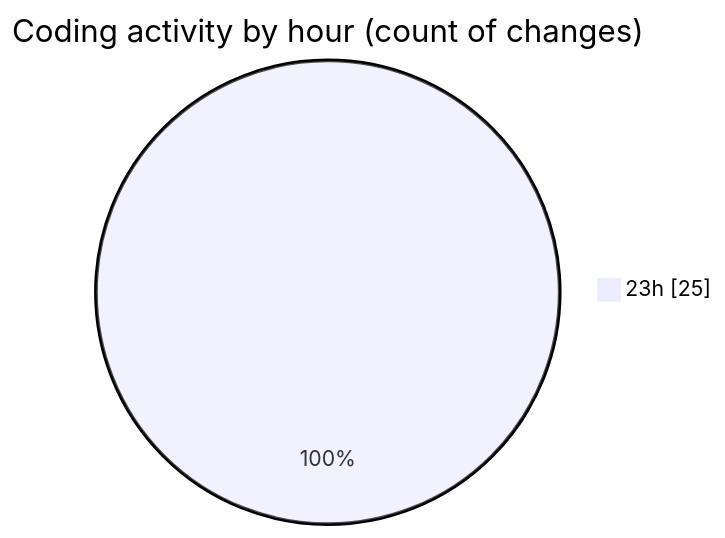
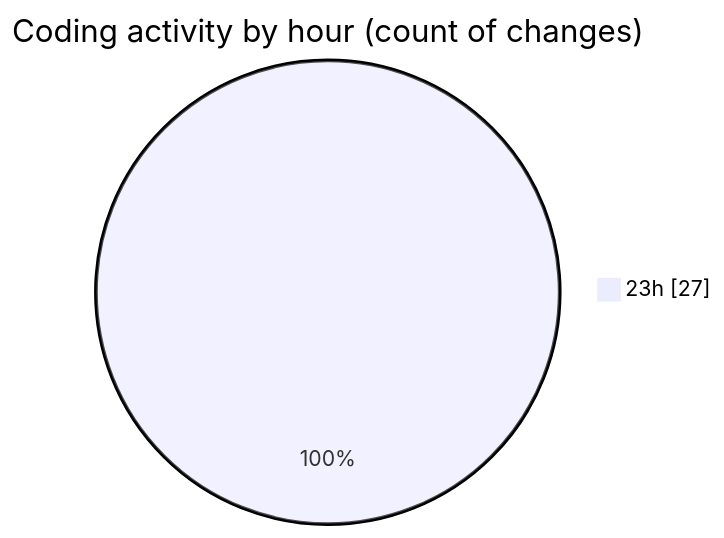
The second of 2 diagrams in 2026-11-02/taskforge/README.md (hasnaa123/code-tracking), drawn with Mermaid before and after one commit. The commit also changed other lines of this file and 1 other file, not shown here.

````diff
--- a/2026-11-02/taskforge/README.md
+++ b/2026-11-02/taskforge/README.md
@@ -29,5 +30,5 @@
 ```mermaid
 pie showData
 title Coding activity by hour (count of changes)
-"23h" : 25
+"23h" : 27
 ```
````
